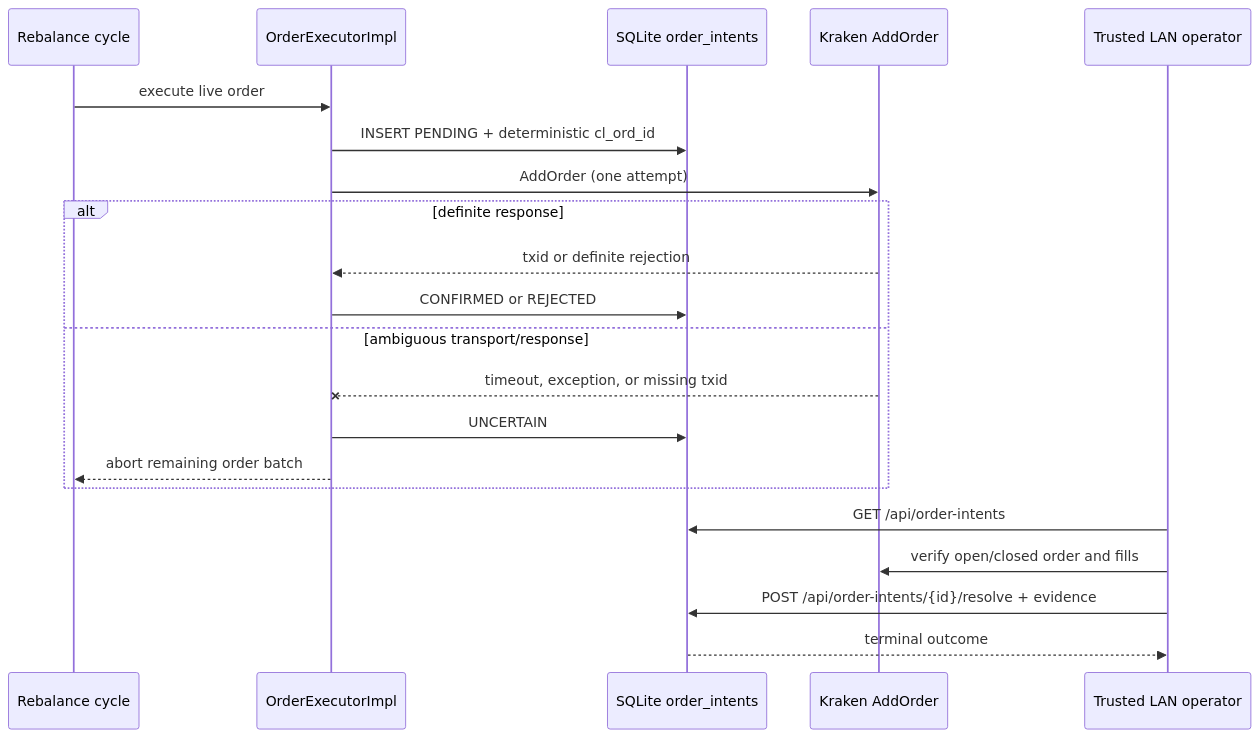
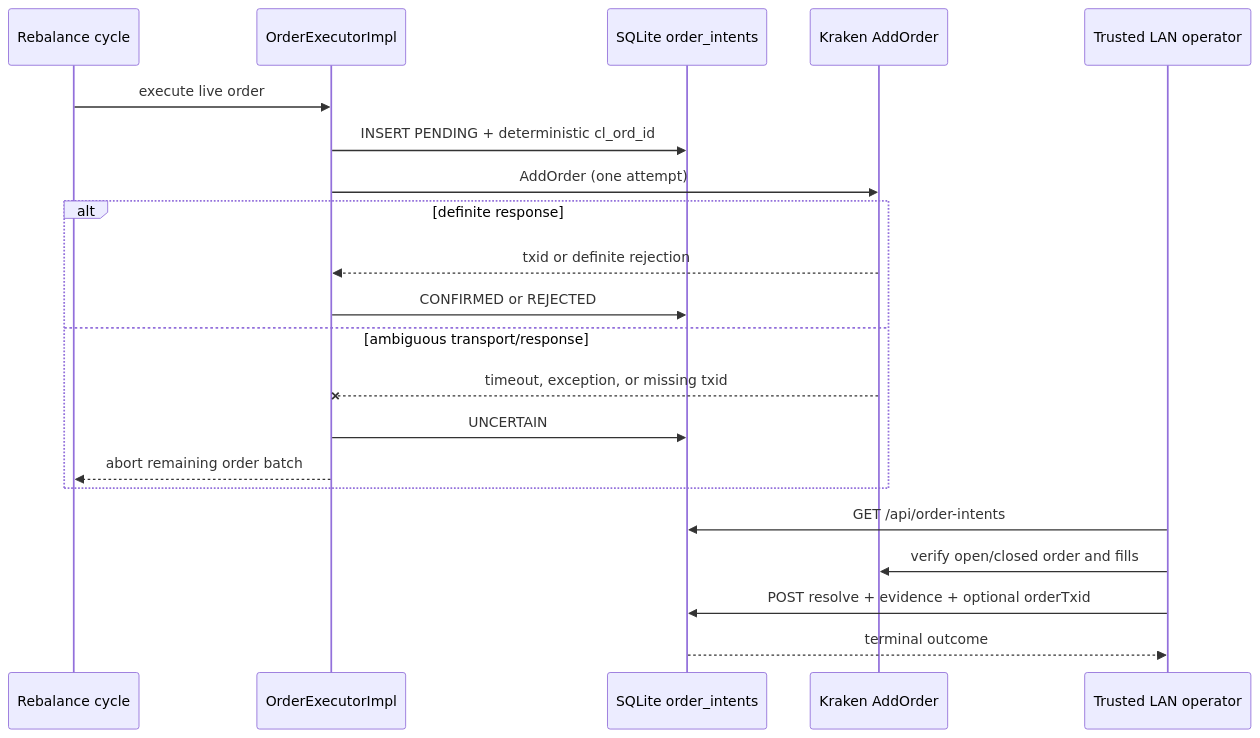
Before and after one commit to HyperVon/new-kraken-rebalancer: the fifth of 7 diagrams in docs/FLOWS.md, drawn with Mermaid. The commit also changed other lines of this file and 28 other files, not shown here.

````diff
--- a/docs/FLOWS.md
+++ b/docs/FLOWS.md
@@ -272,24 +272,24 @@
 ```mermaid
 sequenceDiagram
     participant Cycle as Rebalance cycle
     participant Executor as OrderExecutorImpl
     participant Journal as SQLite order_intents
     participant Kraken as Kraken AddOrder
     participant Operator as Trusted LAN operator
 
     Cycle->>Executor: execute live order
     Executor->>Journal: INSERT PENDING + deterministic cl_ord_id
     Executor->>Kraken: AddOrder (one attempt)
     alt definite response
         Kraken-->>Executor: txid or definite rejection
         Executor->>Journal: CONFIRMED or REJECTED
     else ambiguous transport/response
         Kraken--xExecutor: timeout, exception, or missing txid
         Executor->>Journal: UNCERTAIN
         Executor-->>Cycle: abort remaining order batch
     end
     Operator->>Journal: GET /api/order-intents
     Operator->>Kraken: verify open/closed order and fills
-    Operator->>Journal: POST /api/order-intents/{id}/resolve + evidence
+    Operator->>Journal: POST resolve + evidence + optional orderTxid
     Journal-->>Operator: terminal outcome
 ```
````
